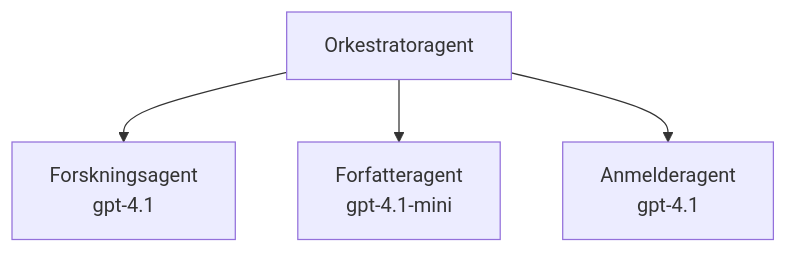
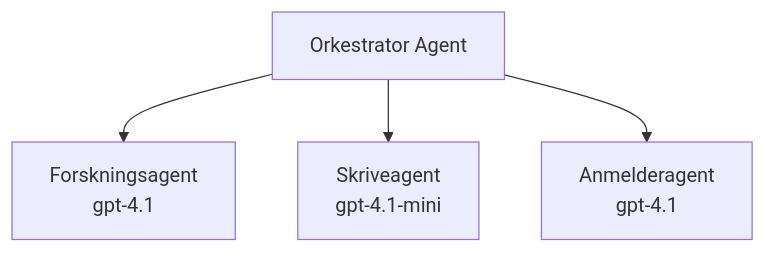
The third of 3 diagrams in translations/no/docs/chapter-02-ai-development/agents.md (microsoft/AZD-for-beginners), drawn with Mermaid before and after one commit. The commit also changed other lines of this file and 61 other files, not shown here.

````diff
--- a/translations/no/docs/chapter-02-ai-development/agents.md
+++ b/translations/no/docs/chapter-02-ai-development/agents.md
@@ -201,6 +201,6 @@
 ```mermaid
 graph TD
-    Orchestrator[Orkestratoragent] --> Research[Forskningsagent<br/>gpt-4.1]
-    Orchestrator --> Writer[Forfatteragent<br/>gpt-4.1-mini]
+    Orchestrator[Orkestrator Agent] --> Research[Forskningsagent<br/>gpt-4.1]
+    Orchestrator --> Writer[Skriveagent<br/>gpt-4.1-mini]
     Orchestrator --> Reviewer[Anmelderagent<br/>gpt-4.1]
 ```
````
